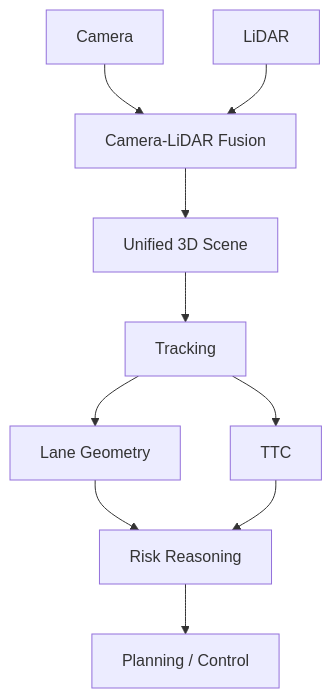
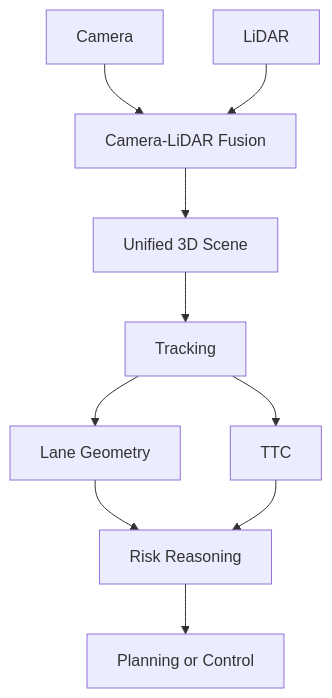
One commit to GauravR2012/ros2-adas-perception-stack changed diagram 16 of 19 in README.md. Above: the diagram before and after it, drawn with Mermaid. The commit also changed other lines of this file, not shown here.

````diff
--- a/README.md
+++ b/README.md
@@ -880,12 +880,12 @@
 ```mermaid
 flowchart TD
-    A[Camera] --> C[Camera-LiDAR Fusion]
-    B[LiDAR] --> C
-    C --> D[Unified 3D Scene]
-    D --> E[Tracking]
-    E --> F[Lane Geometry]
-    E --> G[TTC]
-    F --> H[Risk Reasoning]
+    A["Camera"] --> C["Camera-LiDAR Fusion"]
+    B["LiDAR"] --> C
+    C --> D["Unified 3D Scene"]
+    D --> E["Tracking"]
+    E --> F["Lane Geometry"]
+    E --> G["TTC"]
+    F --> H["Risk Reasoning"]
     G --> H
-    H --> I[Planning / Control]
+    H --> I["Planning  or  Control"]
 ```
````
